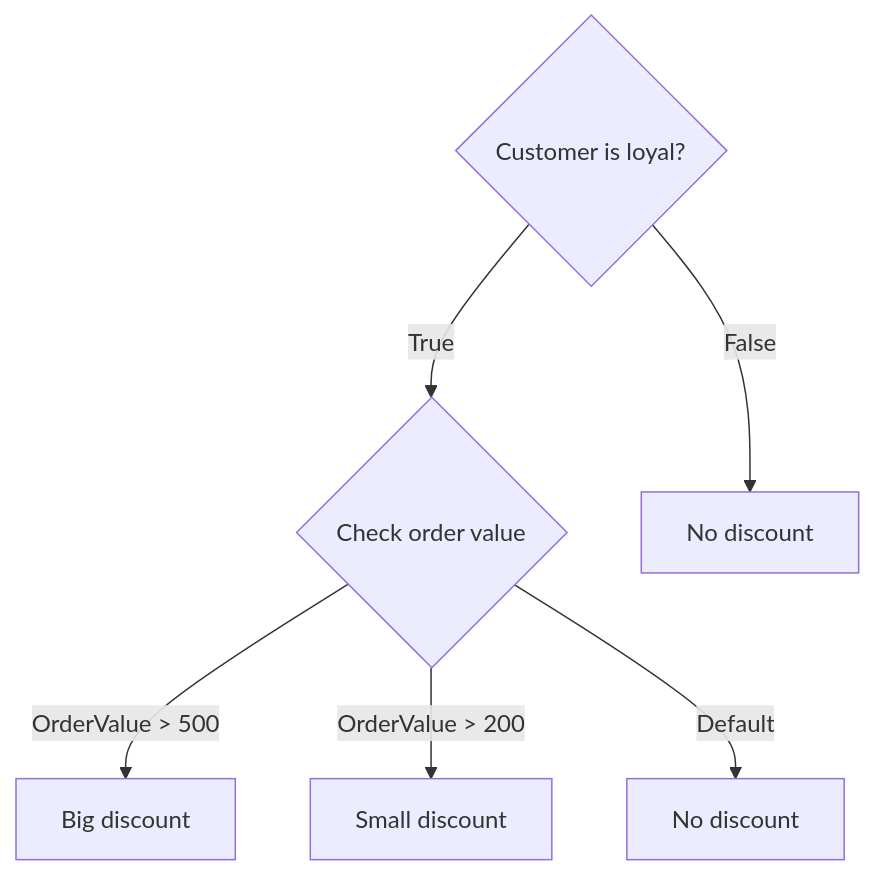
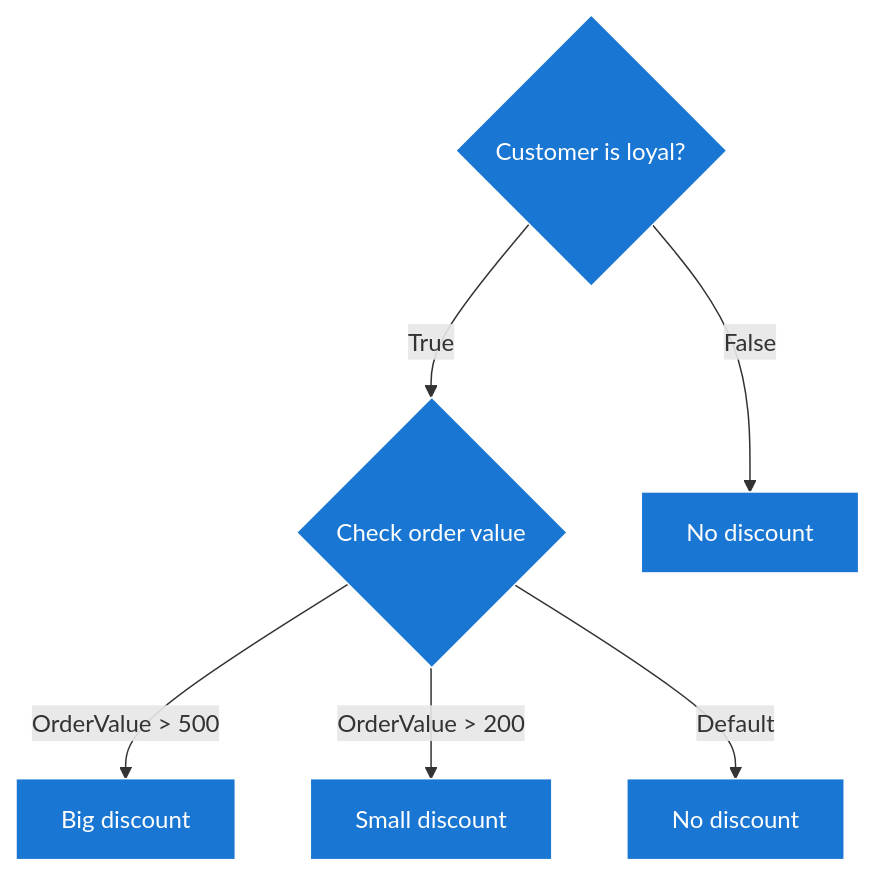
Before and after one commit to mr0406/cinnamon-trees: the diagram in src/samples/discounts/CinnamonTrees.Samples.Discounts.Tests/MermaidVisualization/Snapshots/tree_with_configuration.mmd, drawn with Mermaid. The commit also changed 11 other files, not shown here.

```diff
--- a/src/samples/discounts/CinnamonTrees.Samples.Discounts.Tests/MermaidVisualization/Snapshots/tree_with_configuration.mmd
+++ b/src/samples/discounts/CinnamonTrees.Samples.Discounts.Tests/MermaidVisualization/Snapshots/tree_with_configuration.mmd
@@ -1,12 +1,14 @@
 graph TD
 N1{"Customer is loyal?"}
 N1 -->|True| N11
 N11{"Check order value"}
 N11 -->|OrderValue > 500| N111
 N111["Big discount"]
 N11 -->|OrderValue > 200| N112
 N112["Small discount"]
 N11 -->|Default| N110
 N110["No discount"]
 N1 -->|False| N10
 N10["No discount"]
+
+classDef default fill:#1976d2,stroke:#ffffff,color:#ffffff;
```
